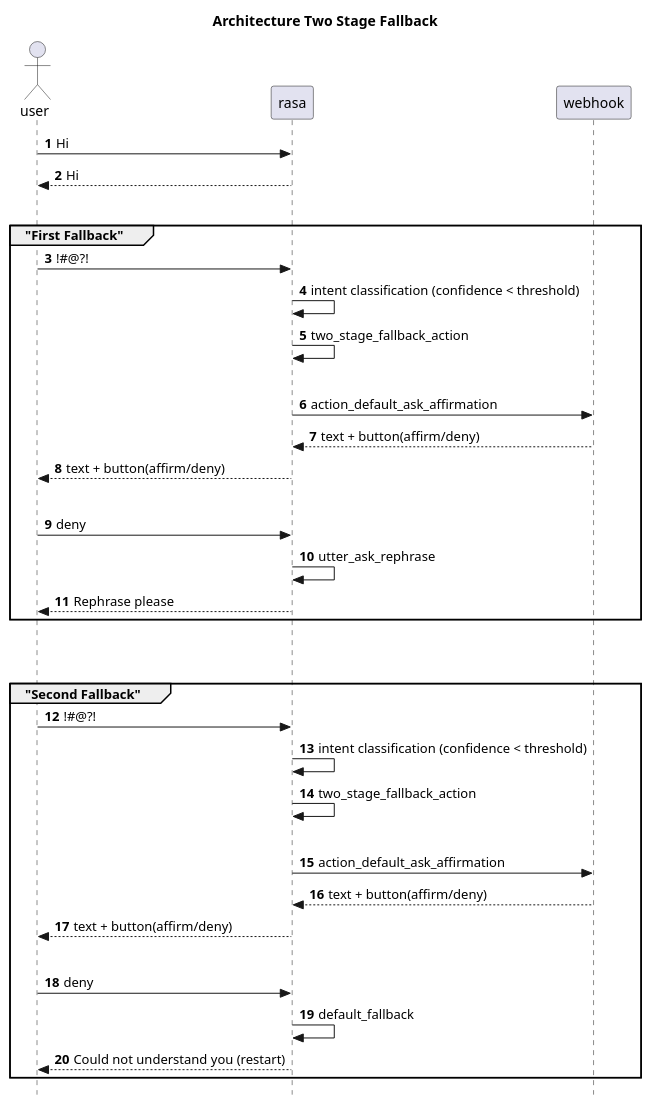
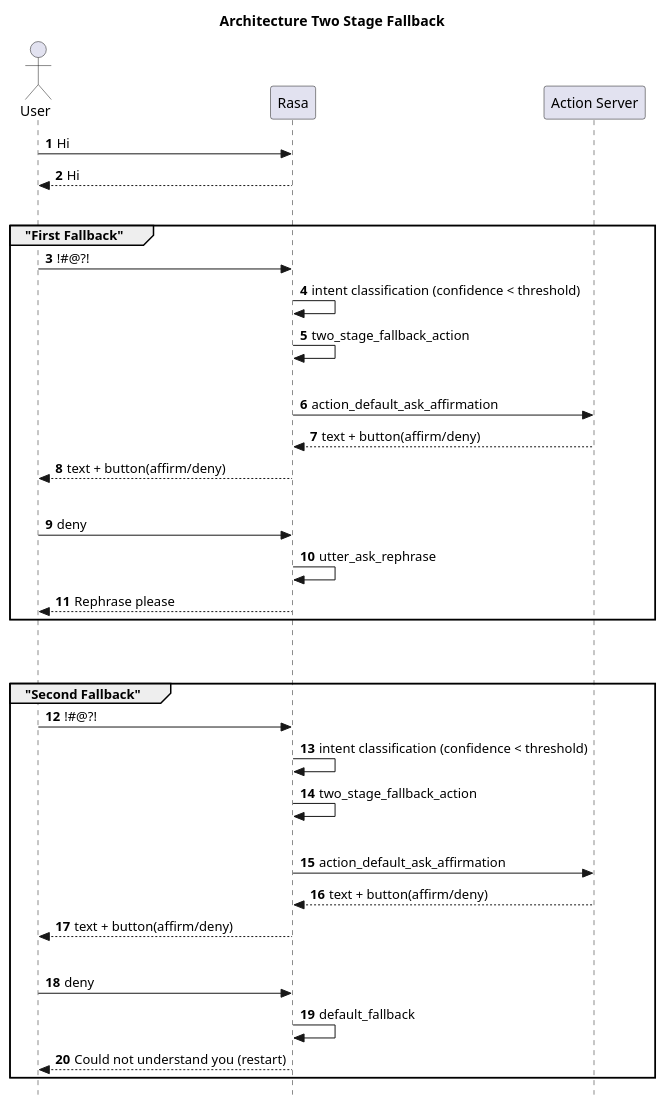
Before and after one commit to fredericbahr/quatsch-project-22: the diagram in docs/diagrams/Architecture Two Stage Fallback Deny.puml, drawn with PlantUML. The commit also changed 4 other files, not shown here.

Commit message:
docs: refactor diagrams

```diff
--- a/docs/diagrams/Architecture Two Stage Fallback Deny.puml
+++ b/docs/diagrams/Architecture Two Stage Fallback Deny.puml
@@ -1,55 +1,55 @@
 @startuml
 skinparam Style strictuml
 autonumber
 skinparam BoxPadding 15
 
 title Architecture Two Stage Fallback
 
-actor "user"
+actor "User"
 
-"user" -> rasa: Hi
-"user" <-- rasa: Hi
+"User" -> Rasa: Hi
+"User" <-- Rasa: Hi
 
 |||
 
 group "First Fallback"
-"user" -> rasa: !#@?!
-rasa -> rasa: intent classification (confidence < threshold)
-rasa -> rasa: two_stage_fallback_action
+"User" -> Rasa: !#@?!
+Rasa -> Rasa: intent classification (confidence < threshold)
+Rasa -> Rasa: two_stage_fallback_action
 
 |||
 
-rasa -> webhook: action_default_ask_affirmation
-rasa <-- webhook: text + button(affirm/deny)
-"user" <-- rasa: text + button(affirm/deny)
+Rasa -> "Action Server": action_default_ask_affirmation
+Rasa <-- "Action Server": text + button(affirm/deny)
+"User" <-- Rasa: text + button(affirm/deny)
 
 |||
 
-"user" -> rasa: deny
-rasa -> rasa: utter_ask_rephrase
-"user" <-- rasa: Rephrase please
+"User" -> Rasa: deny
+Rasa -> Rasa: utter_ask_rephrase
+"User" <-- Rasa: Rephrase please
 end
 
 |||
 |||
 
 group "Second Fallback"
-"user" -> rasa: !#@?!
-rasa -> rasa: intent classification (confidence < threshold)
-rasa -> rasa: two_stage_fallback_action
+"User" -> Rasa: !#@?!
+Rasa -> Rasa: intent classification (confidence < threshold)
+Rasa -> Rasa: two_stage_fallback_action
 
 
 |||
 
-rasa -> webhook: action_default_ask_affirmation
-rasa <-- webhook: text + button(affirm/deny)
-"user" <-- rasa: text + button(affirm/deny)
+Rasa -> "Action Server": action_default_ask_affirmation
+Rasa <-- "Action Server": text + button(affirm/deny)
+"User" <-- Rasa: text + button(affirm/deny)
 
 |||
 
-"user" -> rasa: deny
-rasa -> rasa: default_fallback
-"user" <-- rasa: Could not understand you (restart)
+"User" -> Rasa: deny
+Rasa -> Rasa: default_fallback
+"User" <-- Rasa: Could not understand you (restart)
 end
 
 @enduml
```
